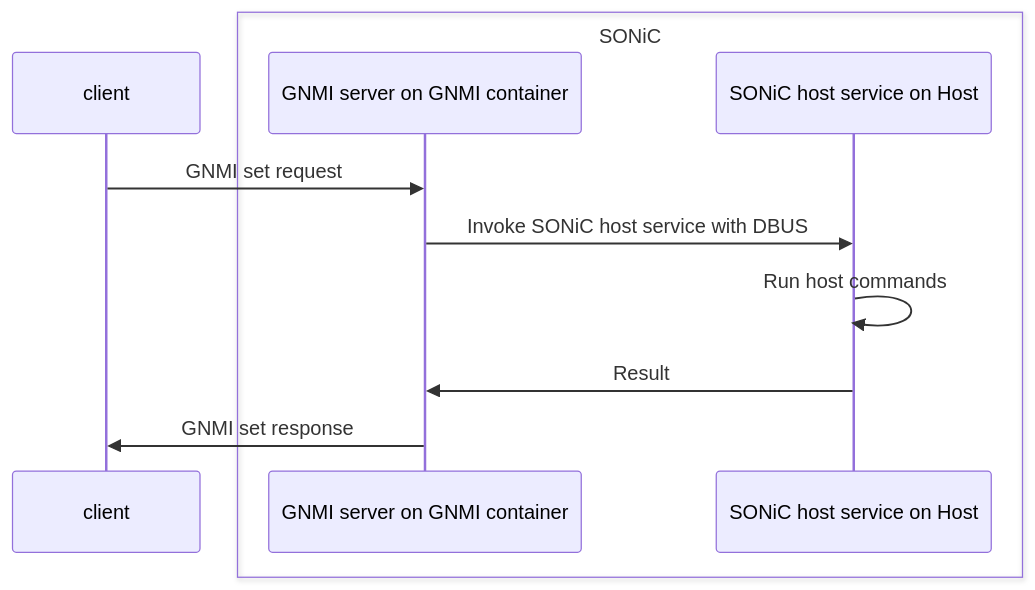
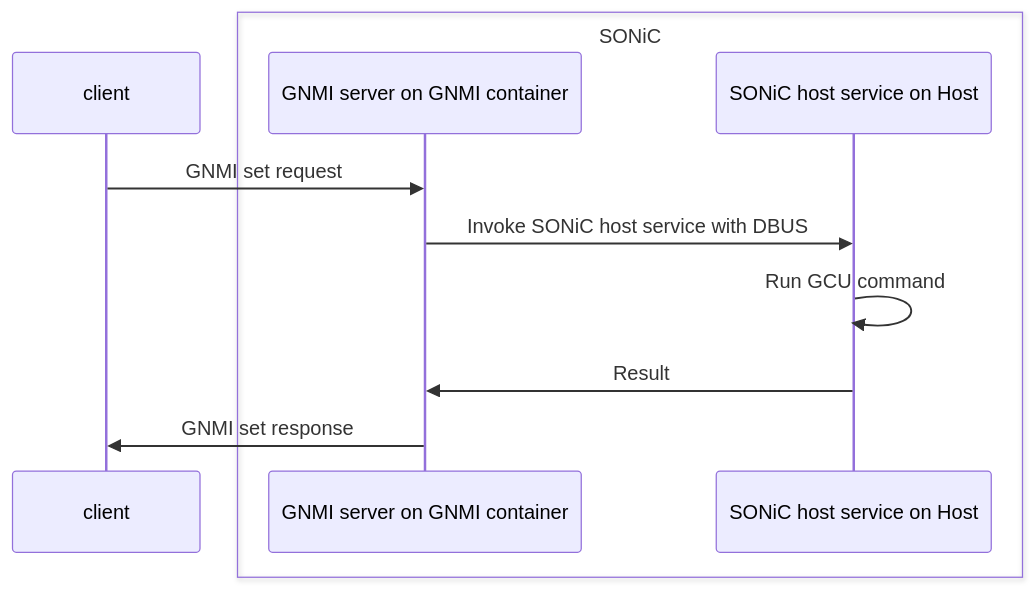
The diagram in gnmi_current_mode.md (ganglyu/mermaid), drawn with Mermaid before and after one commit.

````diff
--- a/gnmi_current_mode.md
+++ b/gnmi_current_mode.md
@@ -1,13 +1,13 @@
 ```mermaid
 sequenceDiagram
     participant client
     box SONiC
         participant GNMI server on GNMI container
         participant SONiC host service on Host
     end
     client->>GNMI server on GNMI container: GNMI set request
     GNMI server on GNMI container->>SONiC host service on Host: Invoke SONiC host service with DBUS
-    SONiC host service on Host->>SONiC host service on Host: Run host commands
+    SONiC host service on Host->>SONiC host service on Host: Run GCU command
     SONiC host service on Host->>GNMI server on GNMI container: Result
     GNMI server on GNMI container->>client: GNMI set response
 ```
````
